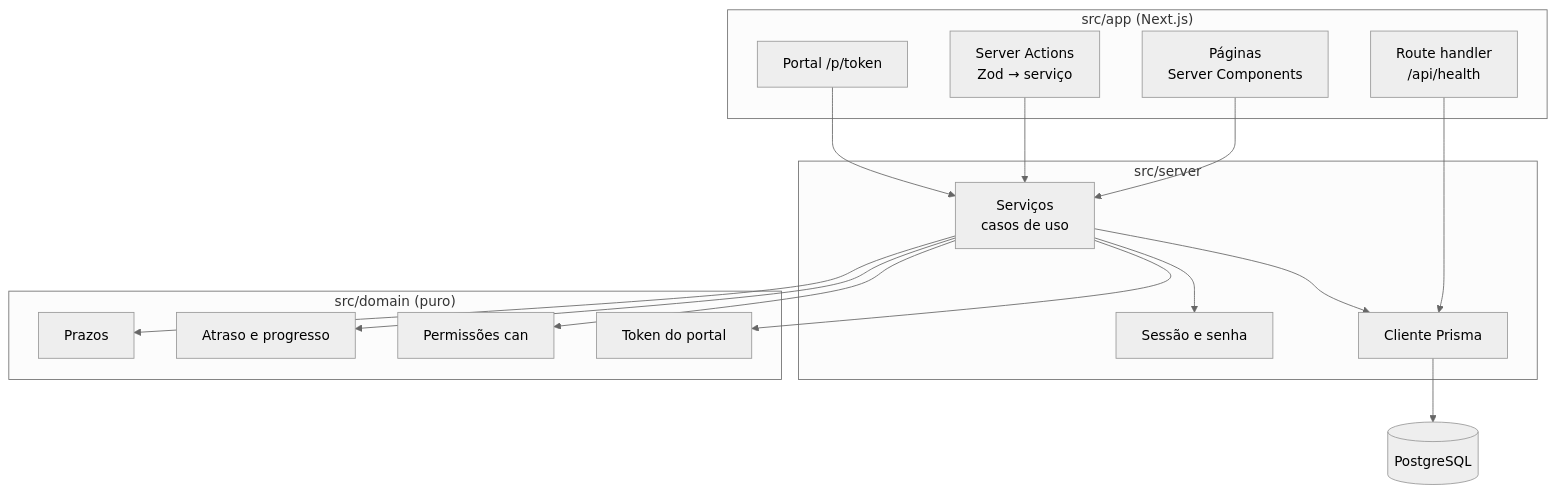
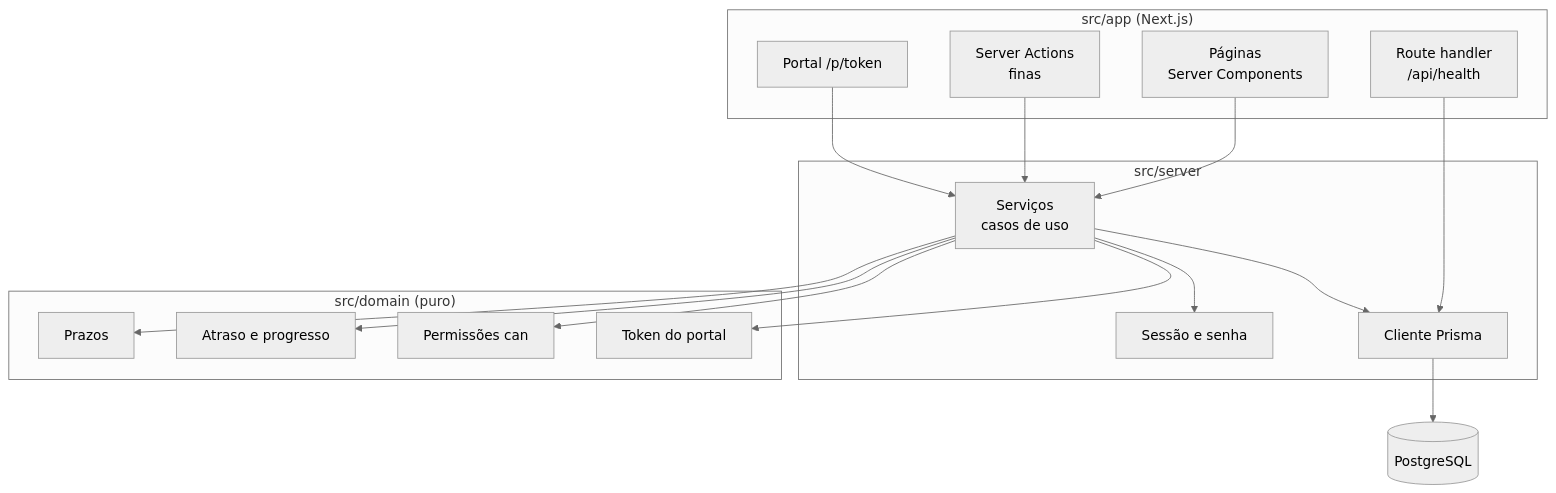
One commit to Joaogabrielmaia/Customer-onboarding-platform changed the second of 3 diagrams in docs/03-arquitetura/contexto-e-componentes.md. Above: the diagram before and after it, drawn with Mermaid (neutral theme). The commit also changed other lines of this file and 7 other files, not shown here.

````diff
--- a/docs/03-arquitetura/contexto-e-componentes.md
+++ b/docs/03-arquitetura/contexto-e-componentes.md
@@ -21,28 +21,29 @@
 ```mermaid
 flowchart TB
+    %% Zod valida dentro dos serviços (ADR-009)
     subgraph app["src/app (Next.js)"]
         P[Páginas<br/>Server Components]
-        A[Server Actions<br/>Zod → serviço]
+        A[Server Actions<br/>finas]
         H[Route handler<br/>/api/health]
         PO[Portal /p/token]
     end
     subgraph srv["src/server"]
         S[Serviços<br/>casos de uso]
         AU[Sessão e senha]
         DBc[Cliente Prisma]
     end
     subgraph dom["src/domain (puro)"]
         D1[Prazos]
         D2[Atraso e progresso]
         D3[Permissões can]
         D4[Token do portal]
     end
     P --> S
     A --> S
     PO --> S
     H --> DBc
     S --> D1 & D2 & D3 & D4
     S --> AU
     S --> DBc
     DBc --> PG[(PostgreSQL)]
 ```
````
